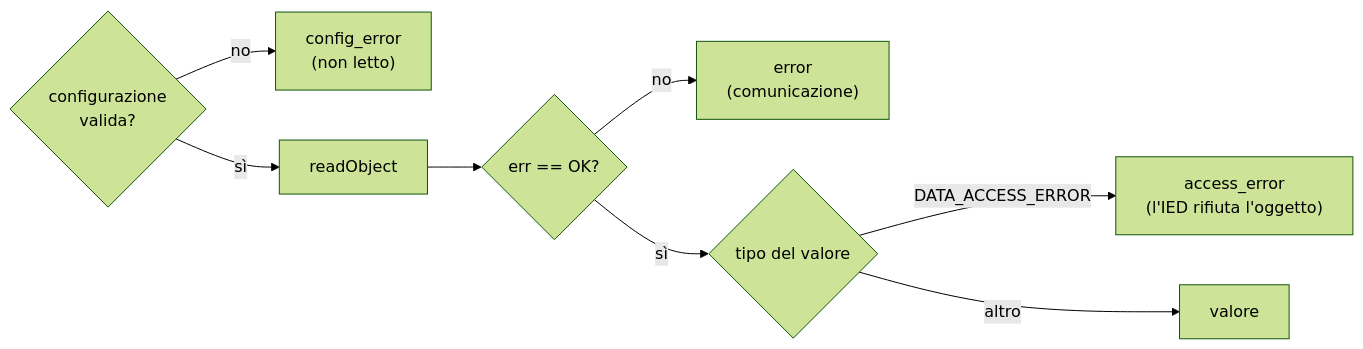
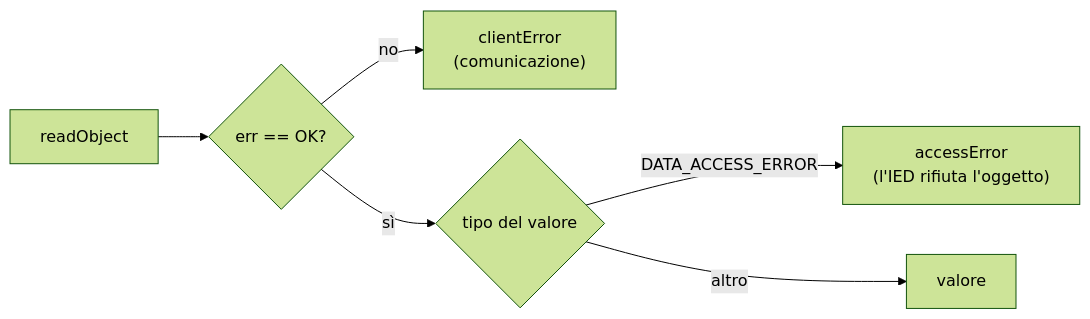
The third of 3 diagrams in IedAnalizer/docs/libiec61850.md (Anzokk/TesiLaurea), drawn with Mermaid (forest theme) before and after one commit. The commit also changed other lines of this file and 17 other files, not shown here.

````diff
--- a/IedAnalizer/docs/libiec61850.md
+++ b/IedAnalizer/docs/libiec61850.md
@@ -290,9 +308,8 @@
 ```mermaid
 flowchart LR
-    C{"configurazione<br/>valida?"} -- no --> CE["config_error<br/>(non letto)"]
-    C -- sì --> R["readObject"] --> E{"err == OK?"}
-    E -- no --> SE["error<br/>(comunicazione)"]
+    R["readObject"] --> E{"err == OK?"}
+    E -- no --> SE["clientError<br/>(comunicazione)"]
     E -- sì --> T{"tipo del valore"}
-    T -- DATA_ACCESS_ERROR --> AE["access_error<br/>(l'IED rifiuta l'oggetto)"]
+    T -- DATA_ACCESS_ERROR --> AE["accessError<br/>(l'IED rifiuta l'oggetto)"]
     T -- altro --> OK["valore"]
 ```
````
